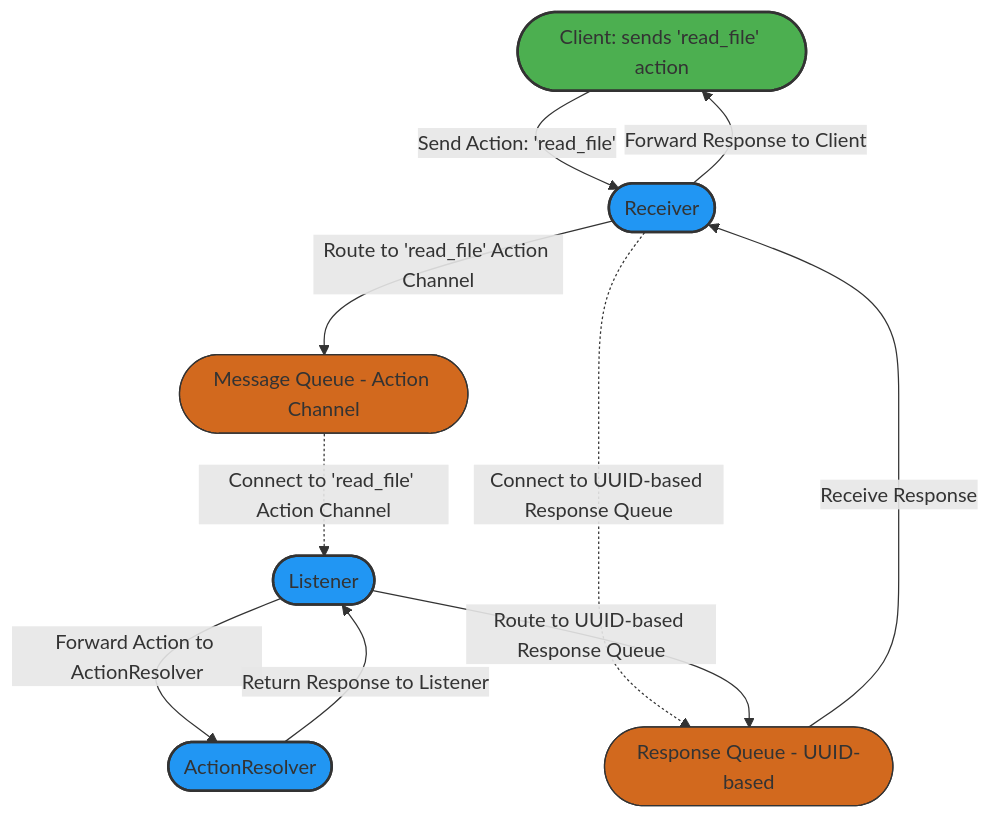
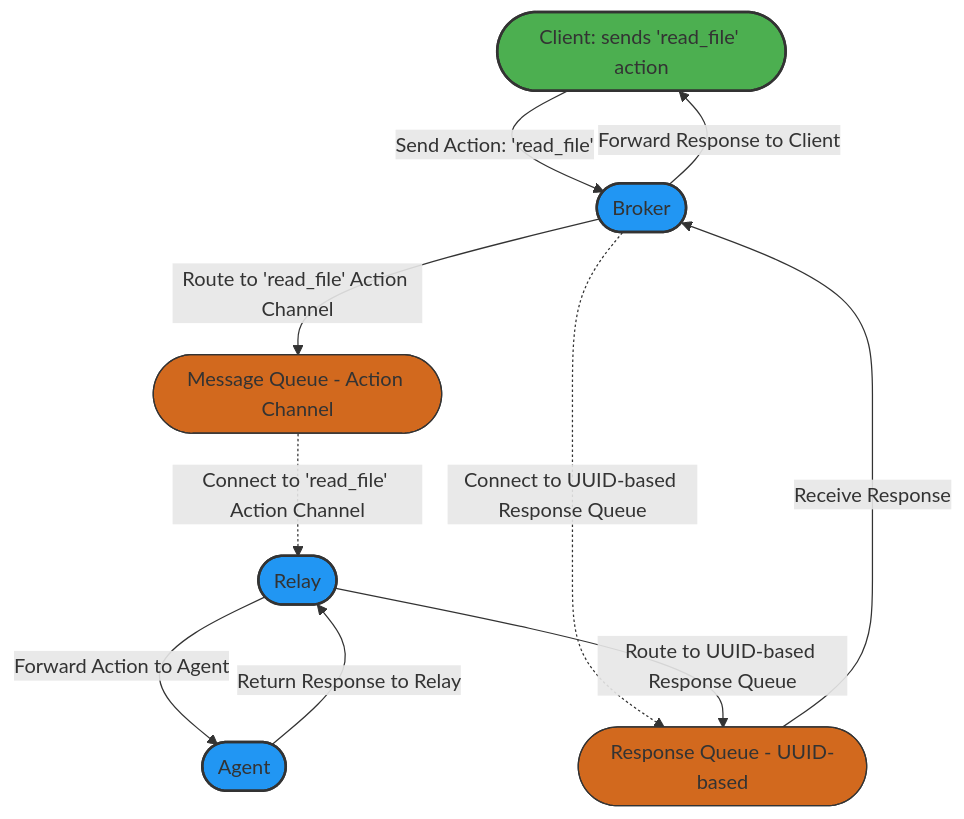
One commit to wabee-ai/agenet changed the diagram in README.md. Above: the diagram before and after it, drawn with Mermaid. The commit also changed other lines of this file, not shown here.

First line of the commit message:
Refactor action names for consistency and clarity

````diff
--- a/README.md
+++ b/README.md
@@ -54,39 +55,39 @@
 ```mermaid
 flowchart TB
     %% Define nodes
     Client([Client: sends 'read_file' action]):::client
-    Receiver([Receiver]):::component
-    Listener([Listener]):::component
-    ActionResolver([ActionResolver]):::component
+    Broker([Broker]):::component
+    Relay([Relay]):::component
+    Agent([Agent]):::component
     
     %% Define queues
     MessageQueue([Message Queue - Action Channel]):::queue
     ResponseQueue([Response Queue - UUID-based]):::queue
 
     %% Define edges with labels
-    Client -->|Send Action: 'read_file'| Receiver
-    Receiver -->|Route to 'read_file' Action Channel| MessageQueue
+    Client -->|Send Action: 'read_file'| Broker
+    Broker -->|Route to 'read_file' Action Channel| MessageQueue
     
     %% Connections instead of sending arrows for persistent listening connections
-    Receiver -.->|Connect to UUID-based Response Queue| ResponseQueue
-    MessageQueue -.->|Connect to 'read_file' Action Channel| Listener
+    Broker -.->|Connect to UUID-based Response Queue| ResponseQueue
+    MessageQueue -.->|Connect to 'read_file' Action Channel| Relay
     
-    Listener -->|Forward Action to ActionResolver| ActionResolver
-    ActionResolver -->|Return Response to Listener| Listener
-    Listener -->|Route to UUID-based Response Queue| ResponseQueue
-    ResponseQueue -->|Receive Response| Receiver
-    Receiver -->|Forward Response to Client| Client
+    Relay -->|Forward Action to Agent| Agent
+    Agent -->|Return Response to Relay| Relay
+    Relay -->|Route to UUID-based Response Queue| ResponseQueue
+    ResponseQueue -->|Receive Response| Broker
+    Broker -->|Forward Response to Client| Client
 
     %% Style definitions
     classDef client fill:#4CAF50,stroke:#333,stroke-width:2px;
     classDef component fill:#2196F3,stroke:#333,stroke-width:2px;
     classDef queue fill:#D2691E,stroke:#333,stroke-width:2px;  %% Darker brown-orange for better contrast
     
     %% Apply styles to individual elements
     class Client client;
-    class Receiver component;
-    class Listener component;
-    class ActionResolver component;
+    class Broker component;
+    class Relay component;
+    class Agent component;
     class MessageQueue queue;
     class ResponseQueue queue;
 ```
````
